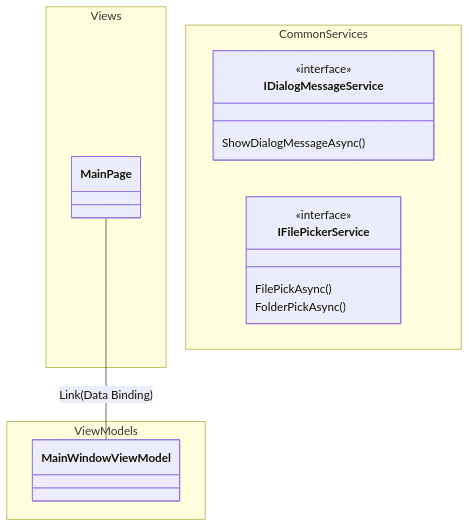
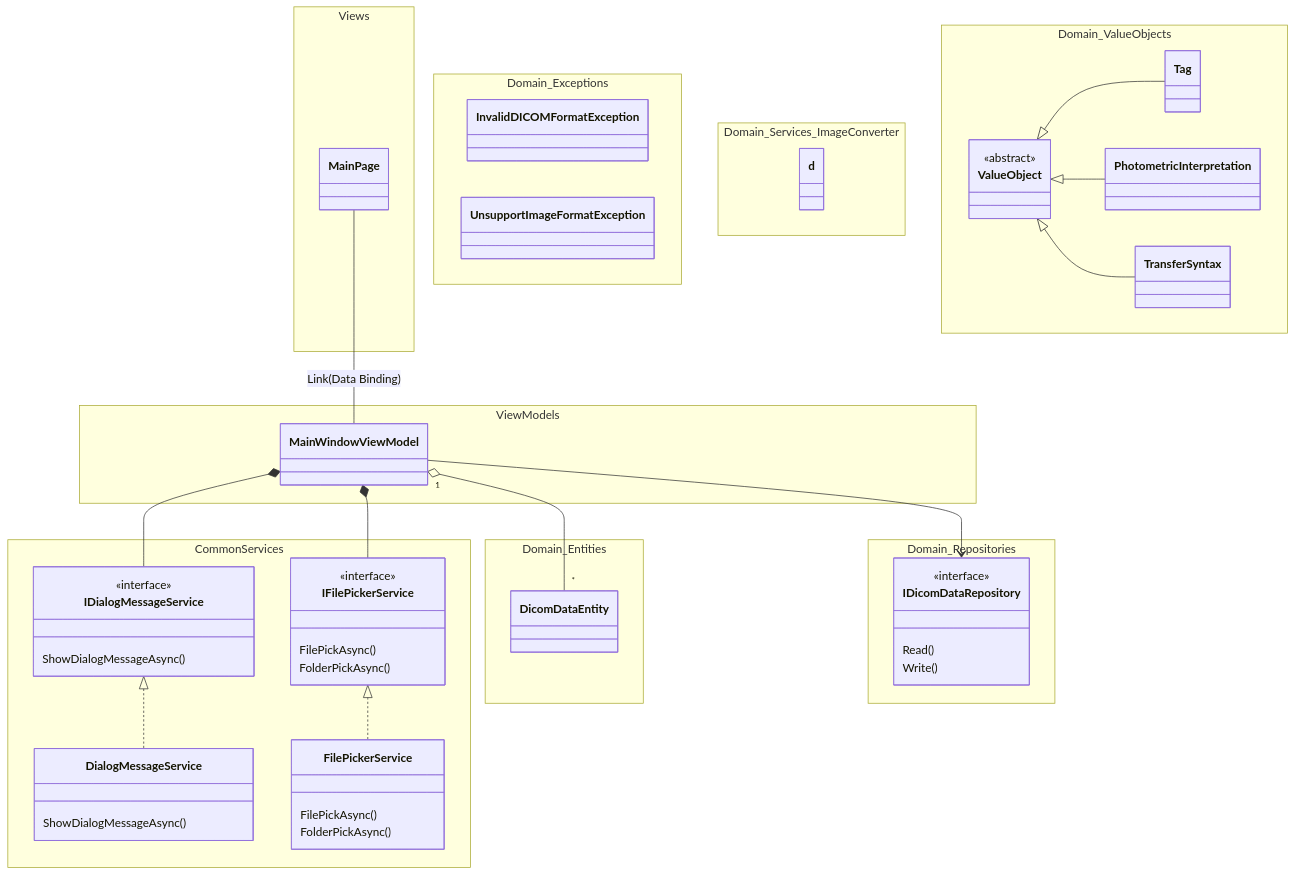
The diagram in README.md (Puye123/SimpleDicomViewer), drawn with Mermaid before and after one commit.

````diff
--- a/README.md
+++ b/README.md
@@ -39,25 +39,73 @@
 ```mermaid
 classDiagram
 namespace Views {
   class MainPage
 }
 
 namespace ViewModels {
   class MainWindowViewModel
 }
 
 namespace CommonServices {
 　　class IDialogMessageService{
     <<interface>>
 　　　　　　　　ShowDialogMessageAsync()
 　　}
 
+　　class DialogMessageService{
+　　　　　　　　ShowDialogMessageAsync()
+　　}
+
+
  class IFilePickerService{
    <<interface>>
 　　　　　　　　FilePickAsync()
     FolderPickAsync()
   }
+ class FilePickerService{
+　　　　　　　　FilePickAsync()
+    FolderPickAsync()
+  }　　
 }
 
+namespace Domain_Entities {
+ class  DicomDataEntity
+}
+namespace Domain_Exceptions{
+  class InvalidDICOMFormatException
+  class UnsupportImageFormatException
+}
+namespace Domain_Repositories {
+  class IDicomDataRepository{
+    <<interface>>
+    Read()
+    Write()
+  }
+
+}
+namespace Domain_Services_ImageConverter {
+  class d
+}
+namespace Domain_ValueObjects {
+  class ValueObject{
+  <<abstract>>
+  }
+  class Tag
+  class PhotometricInterpretation
+  class TransferSyntax
+}
+
+　IDialogMessageService　　<|.. DialogMessageService
+　IFilePickerService　　<|.. FilePickerService
+
+ValueObject <|-- Tag
+ValueObject <|-- PhotometricInterpretation
+ValueObject <|-- TransferSyntax
+
 MainPage -- MainWindowViewModel : Link(Data Binding)
+
+MainWindowViewModel *-- IDialogMessageService
+MainWindowViewModel *-- IFilePickerService
+MainWindowViewModel "1" o-- "*" DicomDataEntity
+MainWindowViewModel --> IDicomDataRepository
 ```
````
